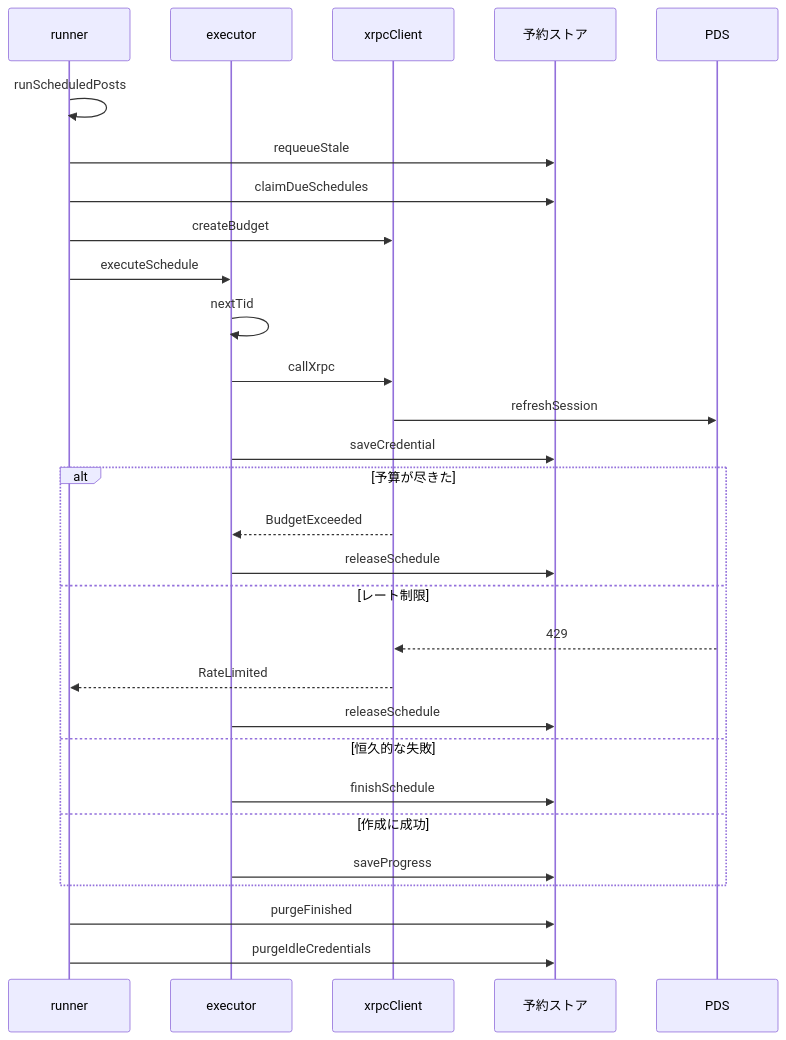
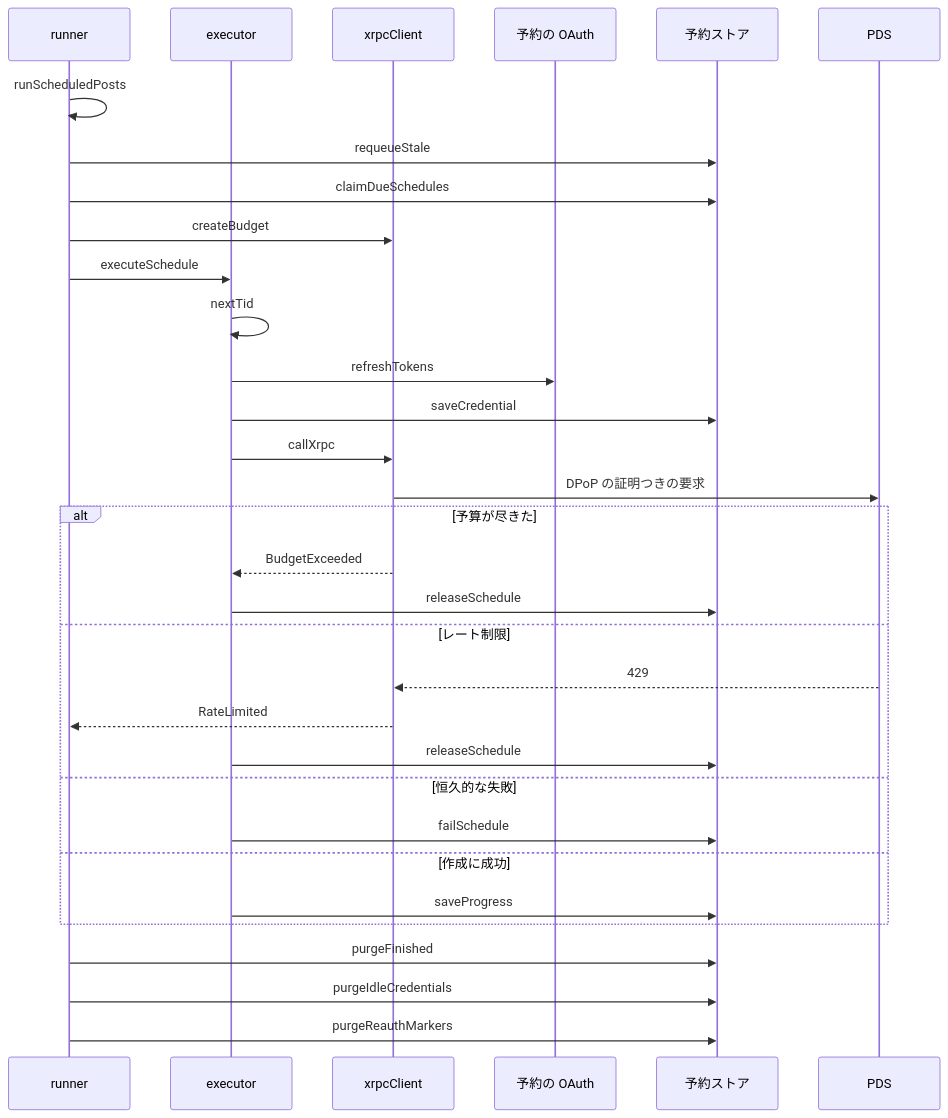
The second of 3 diagrams in specs/schedule-runner/design.md (nekono-dev/skyshare), drawn with Mermaid before and after one commit. The commit also changed other lines of this file and 88 other files, not shown here.

````diff
--- a/specs/schedule-runner/design.md
+++ b/specs/schedule-runner/design.md
@@ -33,31 +35,34 @@
 ```mermaid
 sequenceDiagram
   participant runner
   participant executor
   participant xrpcClient
+  participant ext_oauth as 予約の OAuth
   participant ext_store as 予約ストア
   participant ext_pds as PDS
   runner->>runner: runScheduledPosts
   runner->>ext_store: requeueStale
   runner->>ext_store: claimDueSchedules
   runner->>xrpcClient: createBudget
   runner->>executor: executeSchedule
   executor->>executor: nextTid
+  executor->>ext_oauth: refreshTokens
+  executor->>ext_store: saveCredential
   executor->>xrpcClient: callXrpc
-  xrpcClient->>ext_pds: refreshSession
-  executor->>ext_store: saveCredential
+  xrpcClient->>ext_pds: DPoP の証明つきの要求
   alt 予算が尽きた
     xrpcClient-->>executor: BudgetExceeded
     executor->>ext_store: releaseSchedule
   else レート制限
     ext_pds-->>xrpcClient: 429
     xrpcClient-->>runner: RateLimited
     executor->>ext_store: releaseSchedule
   else 恒久的な失敗
-    executor->>ext_store: finishSchedule
+    executor->>ext_store: failSchedule
   else 作成に成功
     executor->>ext_store: saveProgress
   end
   runner->>ext_store: purgeFinished
   runner->>ext_store: purgeIdleCredentials
+  runner->>ext_store: purgeReauthMarkers
 ```
````
